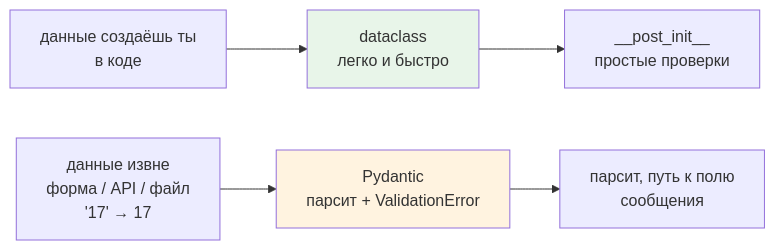
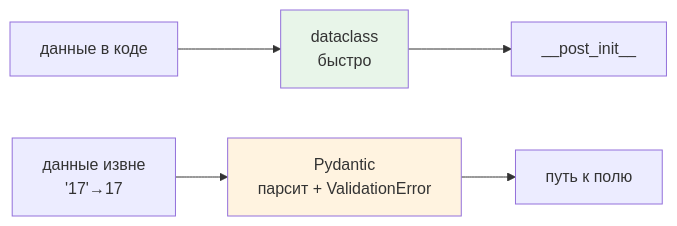
One commit to JayStorm228/College changed the third of 3 diagrams in 02_Курсы/01. Инженерные практики Python/01_Лекции/04. Датаклассы — когда и как, и где дополняет Pydantic.md. Above: the diagram before and after it, drawn with Mermaid. The commit also changed other lines of this file and 2 other files, not shown here.

````diff
--- a/02_Курсы/01. Инженерные практики Python/01_Лекции/04. Датаклассы — когда и как, и где дополняет Pydantic.md
+++ b/02_Курсы/01. Инженерные практики Python/01_Лекции/04. Датаклассы — когда и как, и где дополняет Pydantic.md
@@ -175,9 +178,9 @@
 ```mermaid
 flowchart LR
-  A[данные создаёшь ты<br>в коде] --> D[dataclass<br>легко и быстро]
-  B[данные извне<br>форма / API / файл<br>'17' → 17] --> P[Pydantic<br>парсит + ValidationError]
-  D --> C[__post_init__<br>простые проверки]
-  P --> E[парсит, путь к полю<br>сообщения]
+  A[данные в коде] --> D[dataclass<br>быстро]
+  B[данные извне<br>'17'→17] --> P[Pydantic<br>парсит + ValidationError]
+  D --> C[__post_init__]
+  P --> E[путь к полю]
   style D fill:#e8f5e9
   style P fill:#fff3e0
 ```
````
